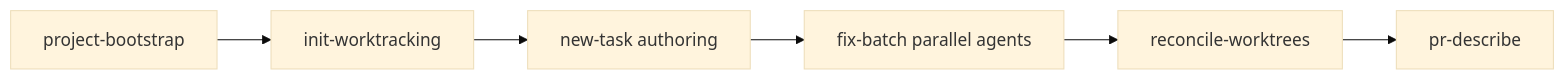
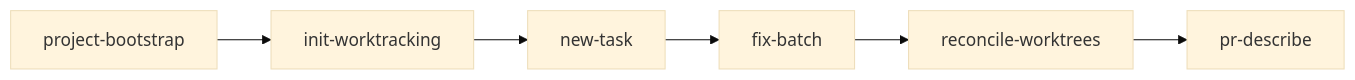
One commit to hams-ollo/zen-agent-skills changed the diagram in README.md. Above: the diagram before and after it, drawn with Mermaid (base theme). The commit also changed other lines of this file, not shown here.

````diff
--- a/README.md
+++ b/README.md
@@ -15,8 +35,8 @@
 ```mermaid
 flowchart LR
   A[project-bootstrap] --> B[init-worktracking]
-  B --> C[new-task authoring]
-  C --> D[fix-batch parallel agents]
+  B --> C[new-task]
+  C --> D[fix-batch]
   D --> E[reconcile-worktrees]
   E --> F[pr-describe]
 ```
````
